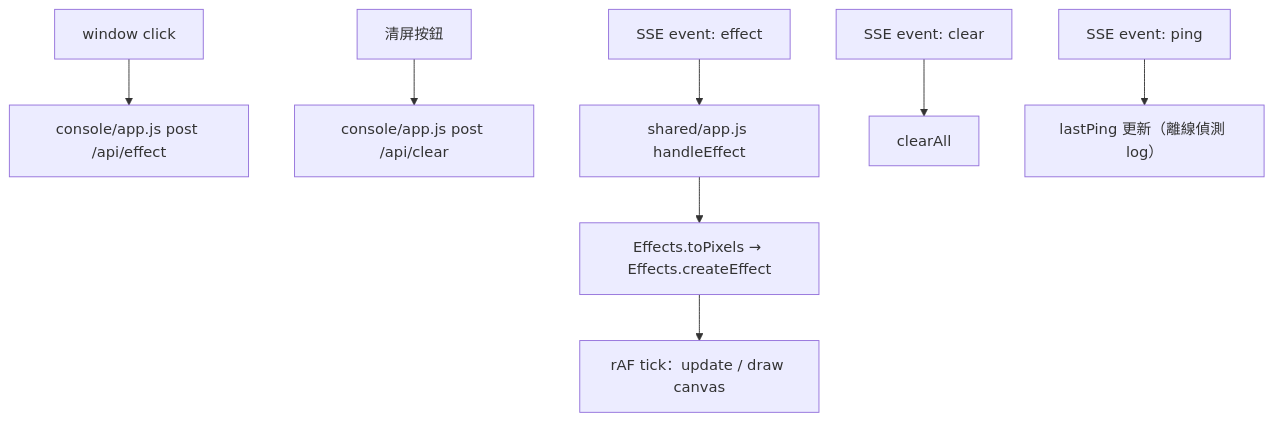
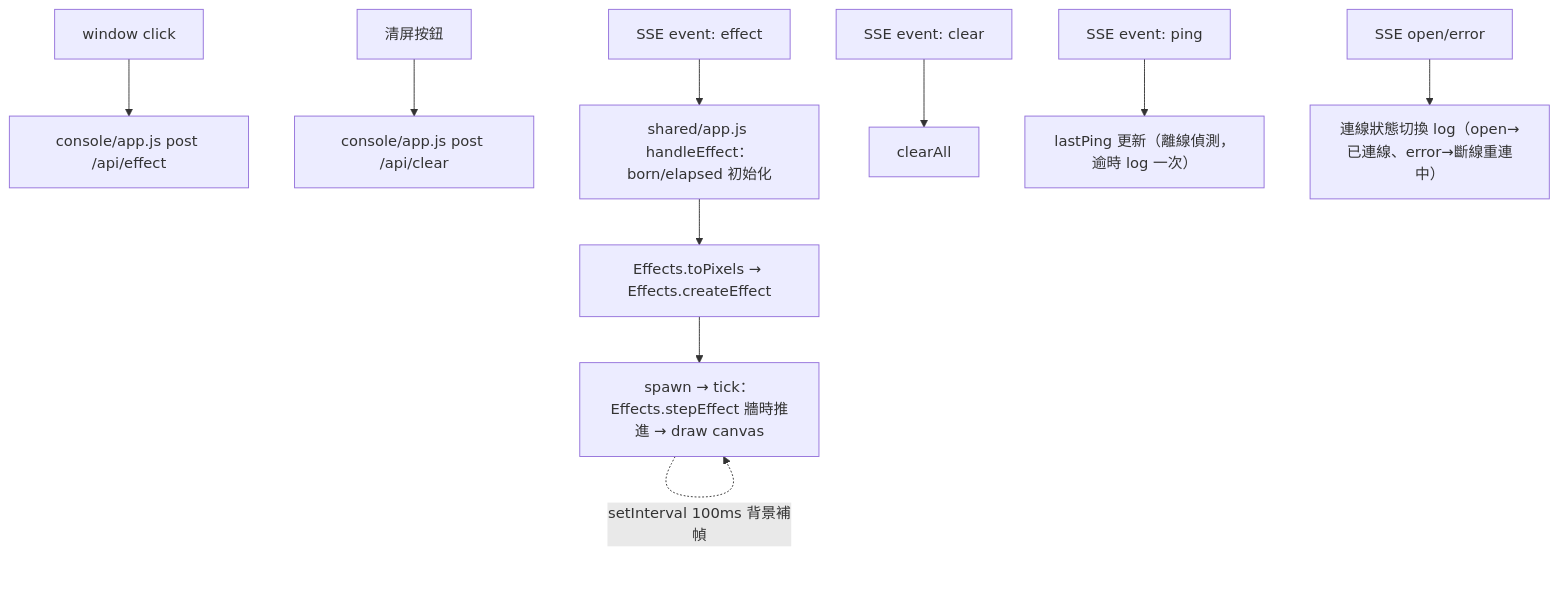
Before and after one commit to zivngit/Real-time-Interaction-html: the second of 3 diagrams in docs/agents/CALL_GRAPH.md, drawn with Mermaid. The commit also changed other lines of this file and 4 other files, not shown here.

Commit message:
fix: viewer effects wall-clock timing, log only on connection state change

````diff
--- a/docs/agents/CALL_GRAPH.md
+++ b/docs/agents/CALL_GRAPH.md
@@ -32,10 +32,13 @@
 ```mermaid
 flowchart TD
     A1[window click] --> A2[console/app.js post /api/effect]
     A3[清屏按鈕] --> A4[console/app.js post /api/clear]
-    S1[SSE event: effect] --> B1[shared/app.js handleEffect]
+    S1[SSE event: effect] --> B1[shared/app.js handleEffect：born/elapsed 初始化]
     B1 --> B2[Effects.toPixels → Effects.createEffect]
-    B2 --> B3[rAF tick：update / draw canvas]
+    B2 --> B3[spawn → tick：Effects.stepEffect 牆時推進 → draw canvas]
+    B3 -. "rAF 前台平滑" .-> B3
+    B3 -. "setInterval 100ms 背景補幀" .-> B3
     S2[SSE event: clear] --> B4[clearAll]
-    S3[SSE event: ping] --> B5[lastPing 更新（離線偵測 log）]
+    S3[SSE event: ping] --> B5[lastPing 更新（離線偵測，逾時 log 一次）]
+    S4[SSE open/error] --> B6[連線狀態切換 log（open→已連線、error→斷線重連中）]
 ```
````
